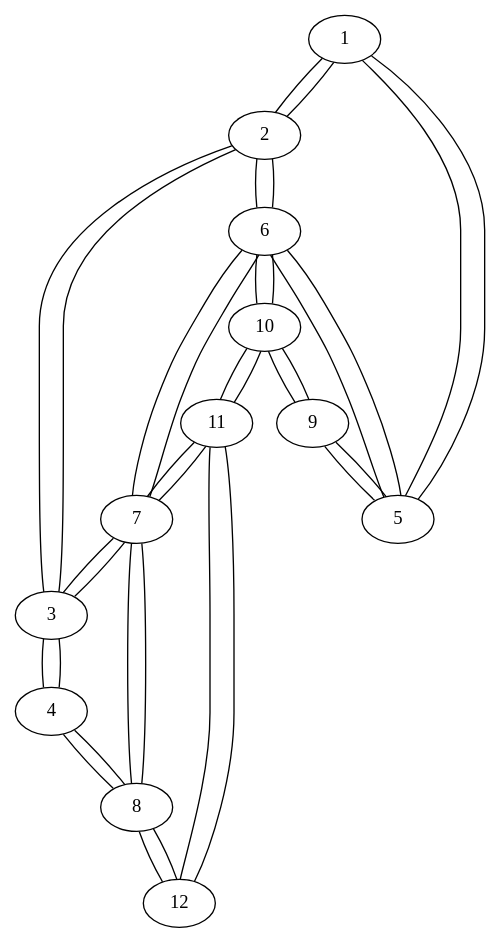
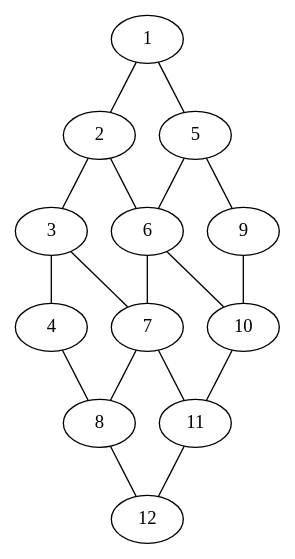
Before and after one commit to AltairAG/DAA-: the diagram in DAlgoritmos/Proyecto1/Archivos/Malla/Malla.gv, drawn with Graphviz. The commit also changed 6 other files, not shown here.

```diff
--- a/DAlgoritmos/Proyecto1/Archivos/Malla/Malla.gv
+++ b/DAlgoritmos/Proyecto1/Archivos/Malla/Malla.gv
@@ -1,48 +1,31 @@
 graph G {
 1;
 2;
 3;
 4;
 5;
 6;
 7;
 8;
 9;
 10;
 11;
 12;
 1 -- 2;
-2 -- 1;
 1 -- 5;
-5 -- 1;
 2 -- 3;
-3 -- 2;
 2 -- 6;
-6 -- 2;
 3 -- 4;
-4 -- 3;
 3 -- 7;
-7 -- 3;
 4 -- 8;
-8 -- 4;
 5 -- 6;
-6 -- 5;
 5 -- 9;
-9 -- 5;
 6 -- 7;
-7 -- 6;
 6 -- 10;
-10 -- 6;
 7 -- 8;
-8 -- 7;
 7 -- 11;
-11 -- 7;
 8 -- 12;
-12 -- 8;
 9 -- 10;
-10 -- 9;
 10 -- 11;
-11 -- 10;
 11 -- 12;
-12 -- 11;
 }
```
